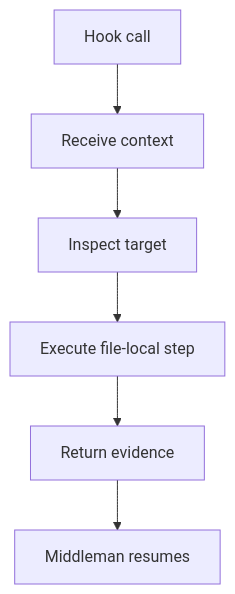
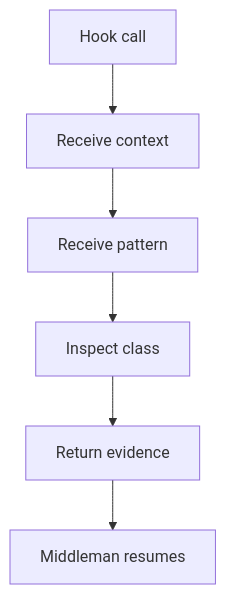
Before and after one commit to JohnAndrewBalbarosa/NeoTerritory: the first of 2 diagrams in docs/Codebase/Microservice/Modules/Source/Analysis/Patterns/Middleman/Contracts/pattern_hook_contract.cpp.md, drawn with Mermaid. The commit also changed other lines of this file and 182 other files, not shown here.

````diff
--- a/docs/Codebase/Microservice/Modules/Source/Analysis/Patterns/Middleman/Contracts/pattern_hook_contract.cpp.md
+++ b/docs/Codebase/Microservice/Modules/Source/Analysis/Patterns/Middleman/Contracts/pattern_hook_contract.cpp.md
@@ -10,14 +10,14 @@
 ```mermaid
 flowchart TD
     Start["Hook call"]
     N0["Receive context"]
-    N1["Inspect target"]
-    N2["Execute file-local step"]
+    N1["Receive pattern"]
+    N2["Inspect class"]
     N3["Return evidence"]
     End["Middleman resumes"]
     Start --> N0
     N0 --> N1
     N1 --> N2
     N2 --> N3
     N3 --> End
 ```
````
